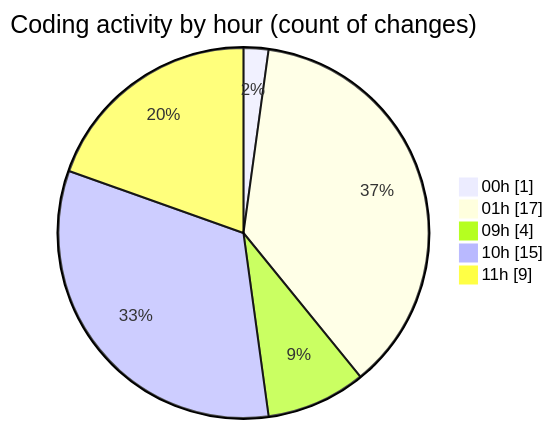
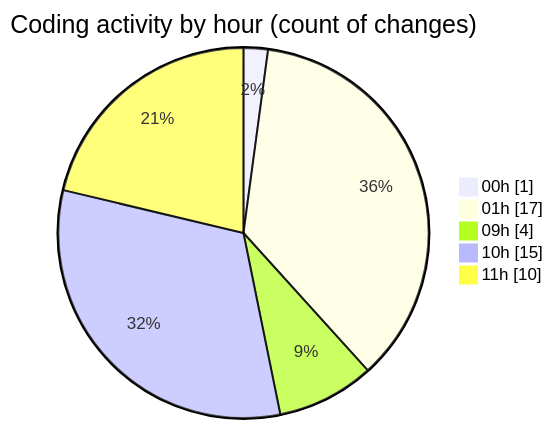
One commit to julien-gomy/code-tracking changed the second of 2 diagrams in 2025-11-01/cdp_aleoudev_fr__workspace_/README.md. Above: the diagram before and after it, drawn with Mermaid. The commit also changed other lines of this file and 1 other file, not shown here.

````diff
--- a/2025-11-01/cdp_aleoudev_fr__workspace_/README.md
+++ b/2025-11-01/cdp_aleoudev_fr__workspace_/README.md
@@ -34,9 +36,9 @@
 ```mermaid
 pie showData
 title Coding activity by hour (count of changes)
 "00h" : 1
 "01h" : 17
 "09h" : 4
 "10h" : 15
-"11h" : 9
+"11h" : 10
 ```
````
